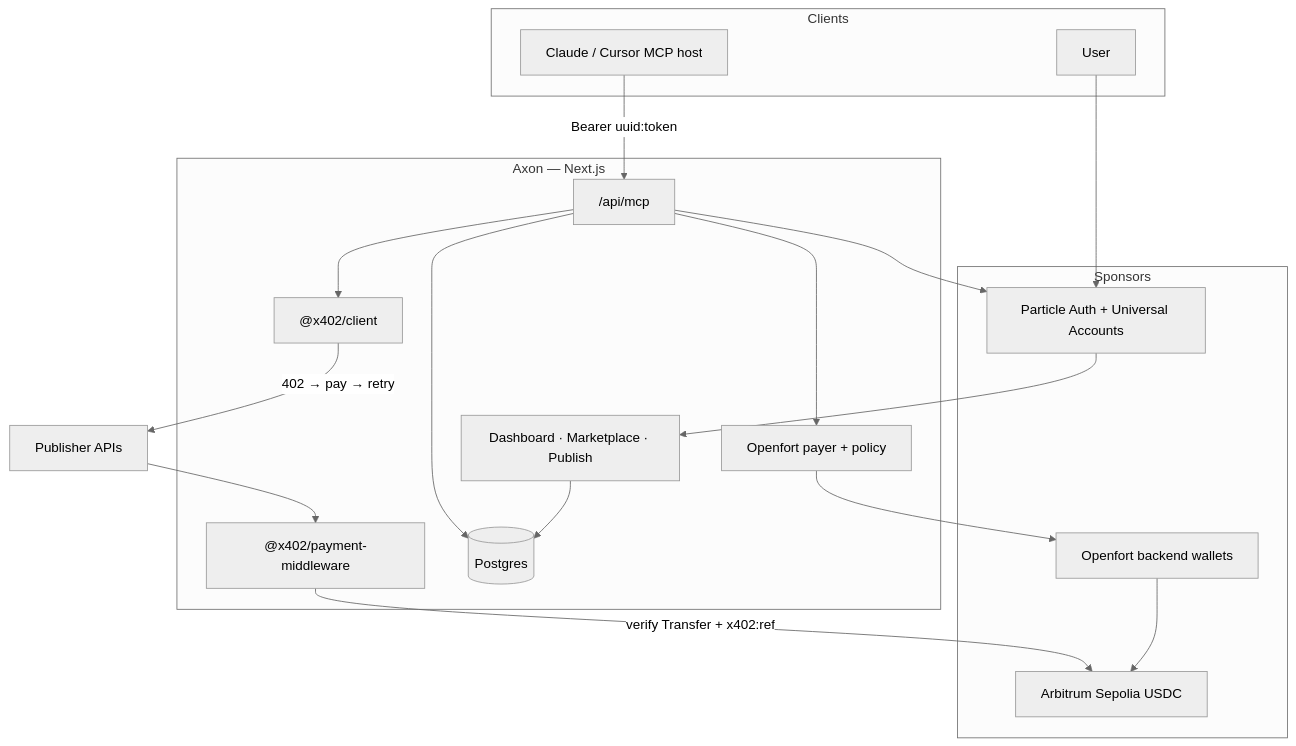
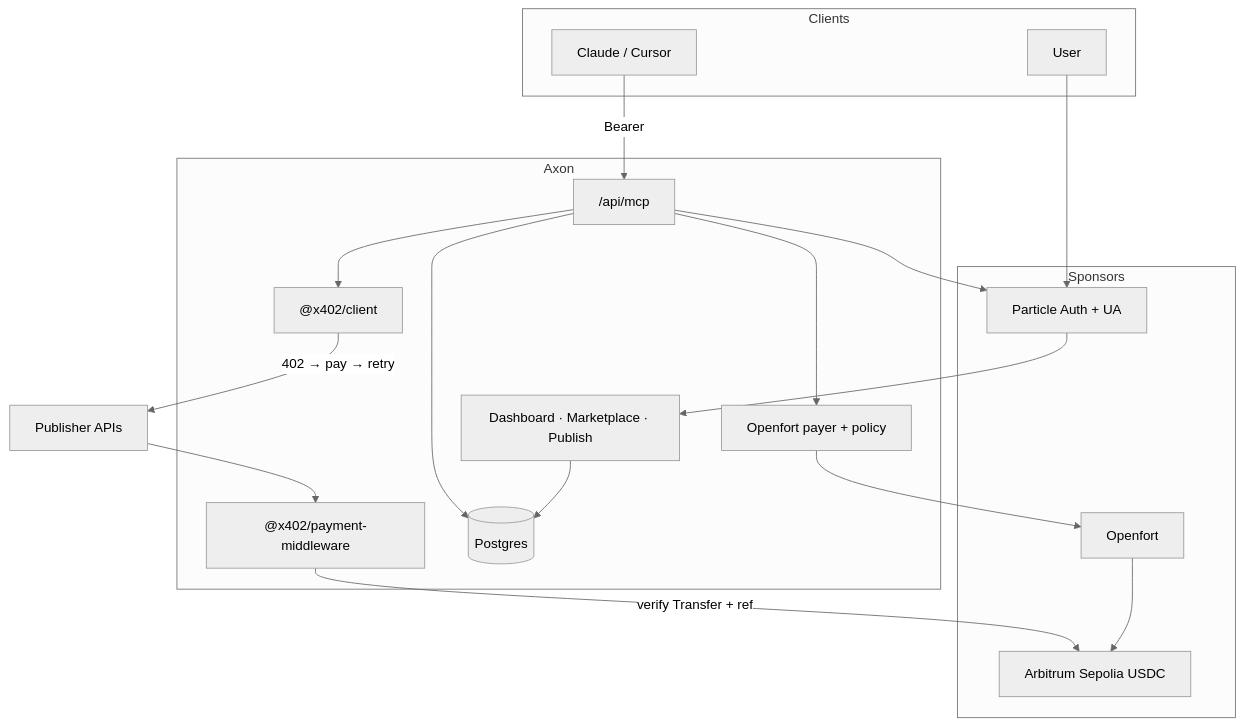
Before and after one commit to GarvitDadheech/Axon: the first of 2 diagrams in README.md, drawn with Mermaid (neutral theme). The commit also changed other lines of this file and 4 other files, not shown here.

````diff
--- a/README.md
+++ b/README.md
@@ -19,38 +29,32 @@
 ```mermaid
 flowchart TB
   subgraph clients [Clients]
     User[User]
-    Agent[Claude / Cursor MCP host]
+    Agent[Claude / Cursor]
   end
 
-  subgraph axon [Axon — Next.js]
+  subgraph axon [Axon]
     UI[Dashboard · Marketplace · Publish]
     MCP["/api/mcp"]
-    Pay["Openfort payer + policy"]
-    X402C["@x402/client"]
-    X402S["@x402/payment-middleware"]
+    Pay[Openfort payer + policy]
+    Client["@x402/client"]
+    MW["@x402/payment-middleware"]
     DB[(Postgres)]
   end
 
   subgraph sponsors [Sponsors]
-    Particle[Particle Auth + Universal Accounts]
-    Openfort[Openfort backend wallets]
+    Particle[Particle Auth + UA]
+    Openfort[Openfort]
     Arb[Arbitrum Sepolia USDC]
   end
 
   Pub[Publisher APIs]
 
-  User --> Particle
-  Particle --> UI
-  UI --> DB
-  Agent -->|Bearer uuid:token| MCP
+  User --> Particle --> UI --> DB
+  Agent -->|Bearer| MCP
   MCP --> Particle
-  MCP --> Pay
-  Pay --> Openfort
-  Openfort --> Arb
-  MCP --> X402C
-  X402C -->|402 → pay → retry| Pub
-  Pub --> X402S
-  X402S -->|verify Transfer + x402:ref| Arb
+  MCP --> Pay --> Openfort --> Arb
+  MCP --> Client -->|402 → pay → retry| Pub
+  Pub --> MW -->|verify Transfer + ref| Arb
   MCP --> DB
 ```
````
